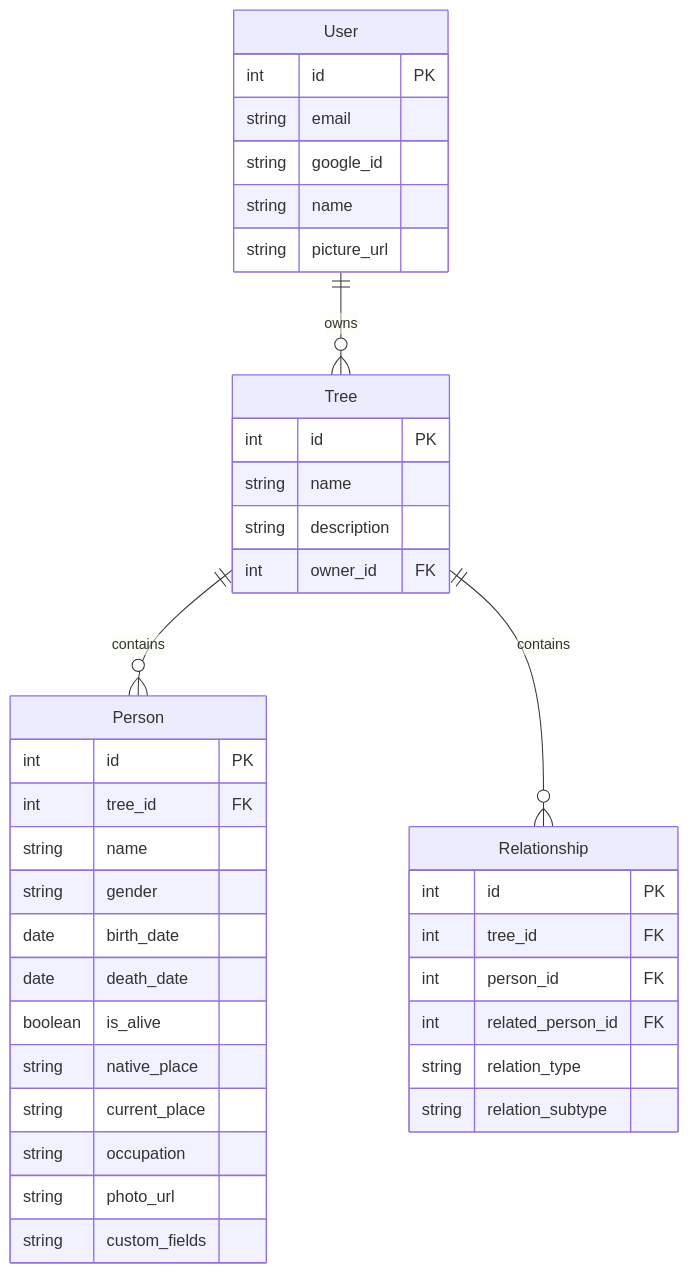
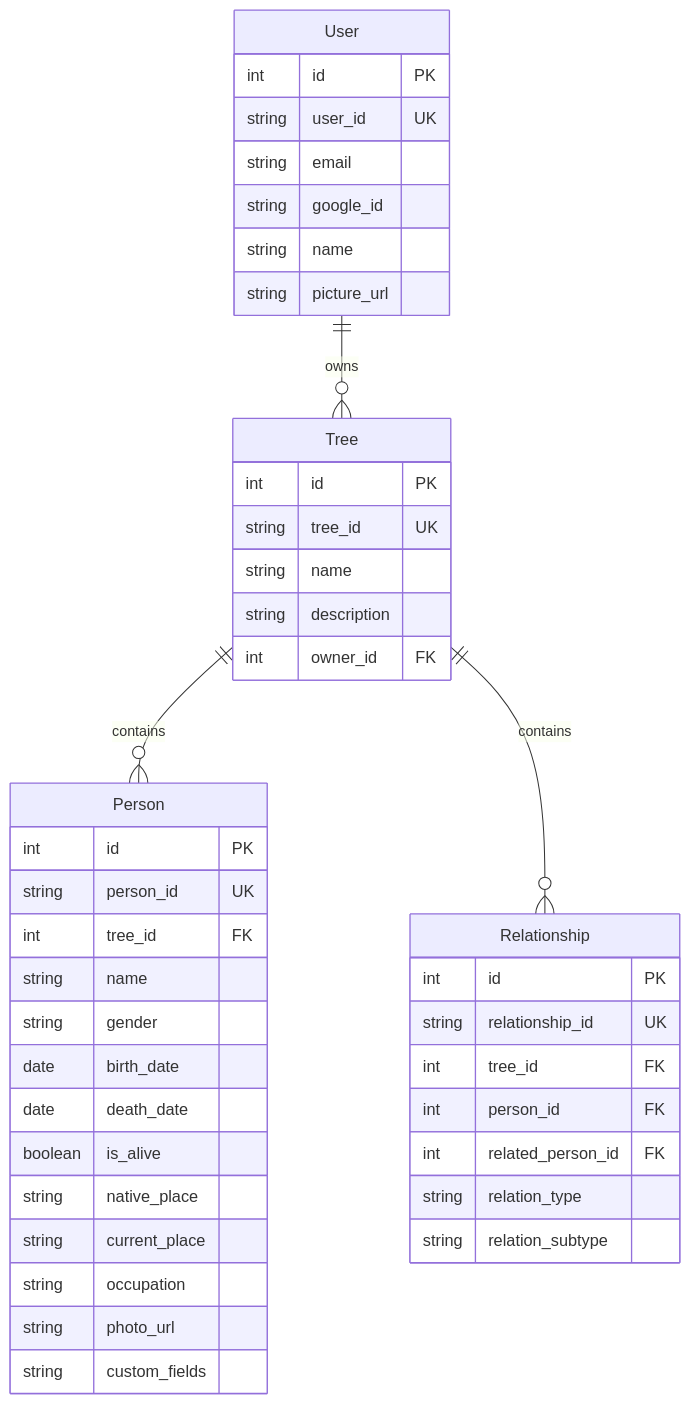
Before and after one commit to GRAviTY-GAGAN/fam-tree: the diagram in plans/implementation_plan.md, drawn with Mermaid. The commit also changed other lines of this file and 4 other files, not shown here.

````diff
--- a/plans/implementation_plan.md
+++ b/plans/implementation_plan.md
@@ -19,42 +19,46 @@
 ```mermaid
 erDiagram
     User {
         int id PK
+        string user_id UK
         string email
         string google_id
         string name
         string picture_url
     }
     Tree {
         int id PK
+        string tree_id UK
         string name
         string description
         int owner_id FK
     }
     Person {
         int id PK
+        string person_id UK
         int tree_id FK
         string name
         string gender
         date birth_date
         date death_date
         boolean is_alive
         string native_place
         string current_place
         string occupation
         string photo_url
         string custom_fields
     }
     Relationship {
         int id PK
+        string relationship_id UK
         int tree_id FK
         int person_id FK
         int related_person_id FK
         string relation_type
         string relation_subtype
     }
 
     User ||--o{ Tree : owns
     Tree ||--o{ Person : contains
     Tree ||--o{ Relationship : contains
 ```
````
